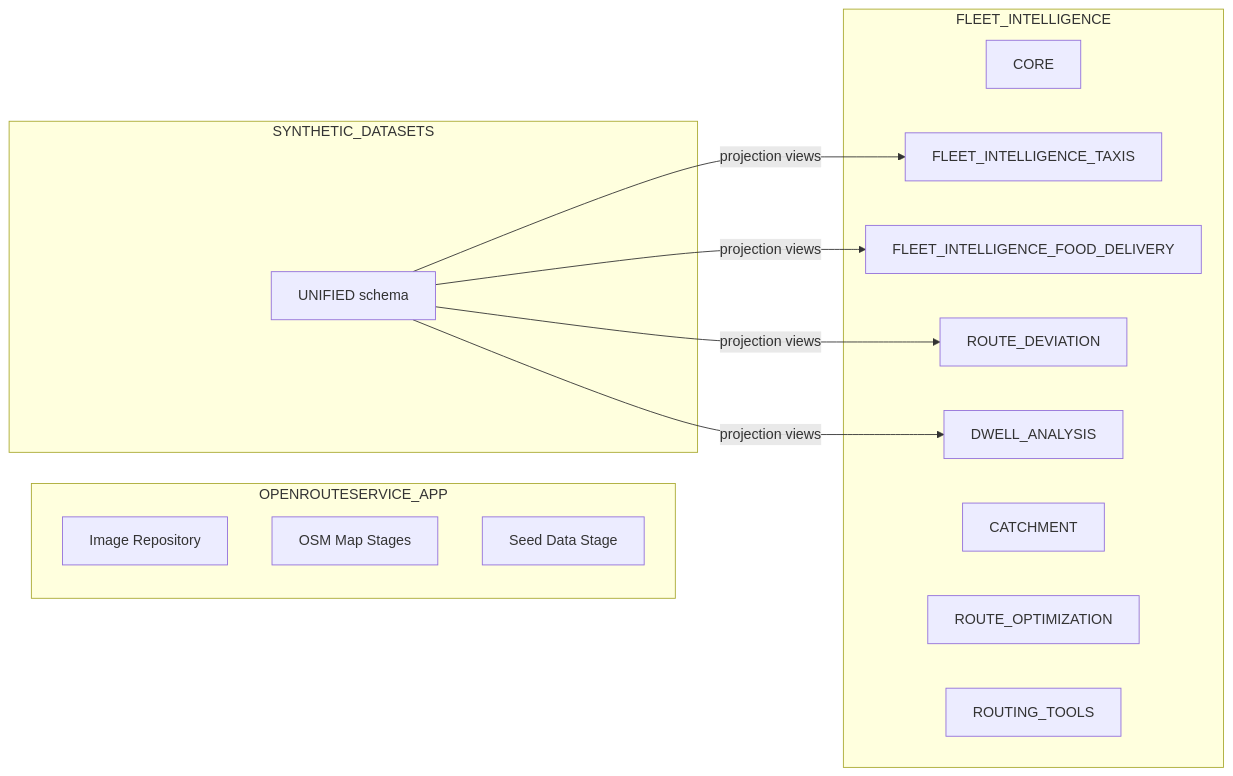
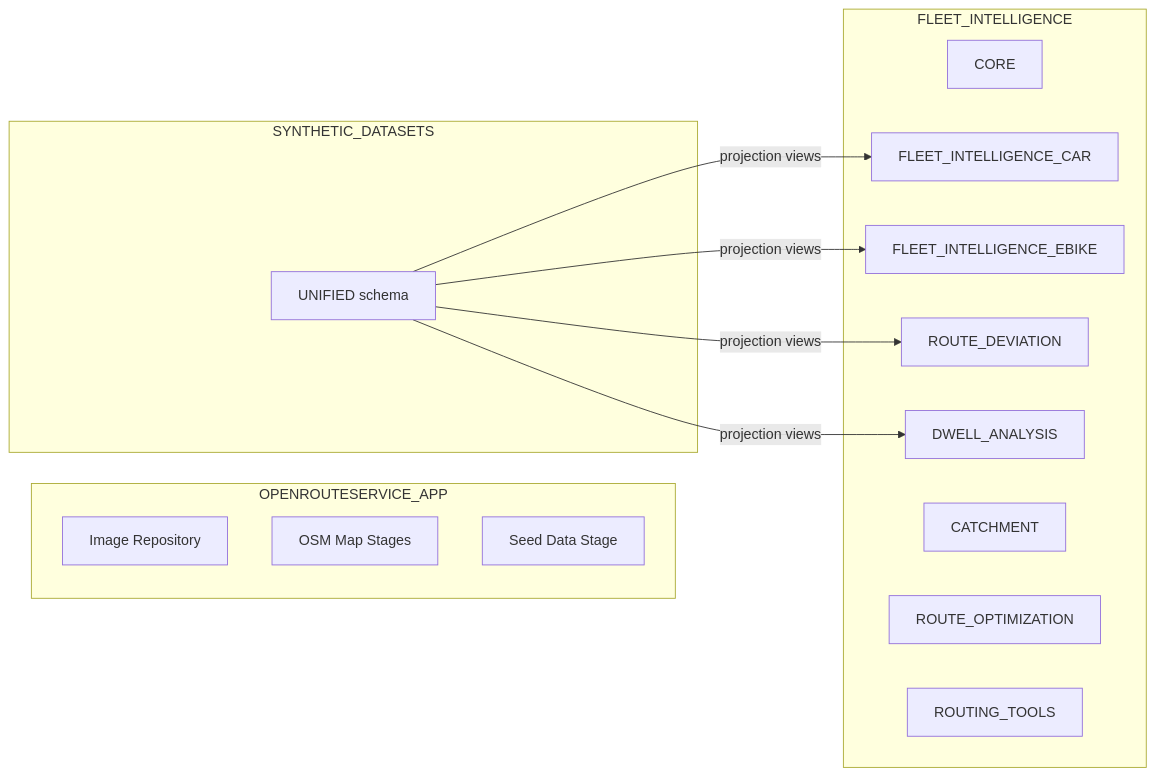
The second of 2 diagrams in docs/ARCHITECTURE.md (Snowflake-Labs/sfguide-create-a-route-optimisation-and-vehicle-route-plan-simulator), drawn with Mermaid before and after one commit. The commit also changed other lines of this file and 23 other files, not shown here.

First line of the commit message:
refactor(schemas): rename FLEET_INTELLIGENCE_TAXIS/_FOOD_DELIVERY to _CAR/_EBIKE (Tier C)

````diff
--- a/docs/ARCHITECTURE.md
+++ b/docs/ARCHITECTURE.md
@@ -53,28 +53,28 @@
 ```mermaid
 graph LR
     subgraph setup ["OPENROUTESERVICE_APP"]
         IMG[Image Repository]
         OSM[OSM Map Stages]
         SEED[Seed Data Stage]
     end
 
     subgraph synth ["SYNTHETIC_DATASETS"]
         UNI[UNIFIED schema]
     end
 
     subgraph fi ["FLEET_INTELLIGENCE"]
         CORE[CORE]
-        TAX[FLEET_INTELLIGENCE_TAXIS]
-        DEL[FLEET_INTELLIGENCE_FOOD_DELIVERY]
+        TAX[FLEET_INTELLIGENCE_CAR]
+        DEL[FLEET_INTELLIGENCE_EBIKE]
         RD[ROUTE_DEVIATION]
         DW[DWELL_ANALYSIS]
         RC[CATCHMENT]
         RO[ROUTE_OPTIMIZATION]
         RA[ROUTING_TOOLS]
     end
 
     UNI -->|projection views| TAX
     UNI -->|projection views| DEL
     UNI -->|projection views| RD
     UNI -->|projection views| DW
 ```
````
